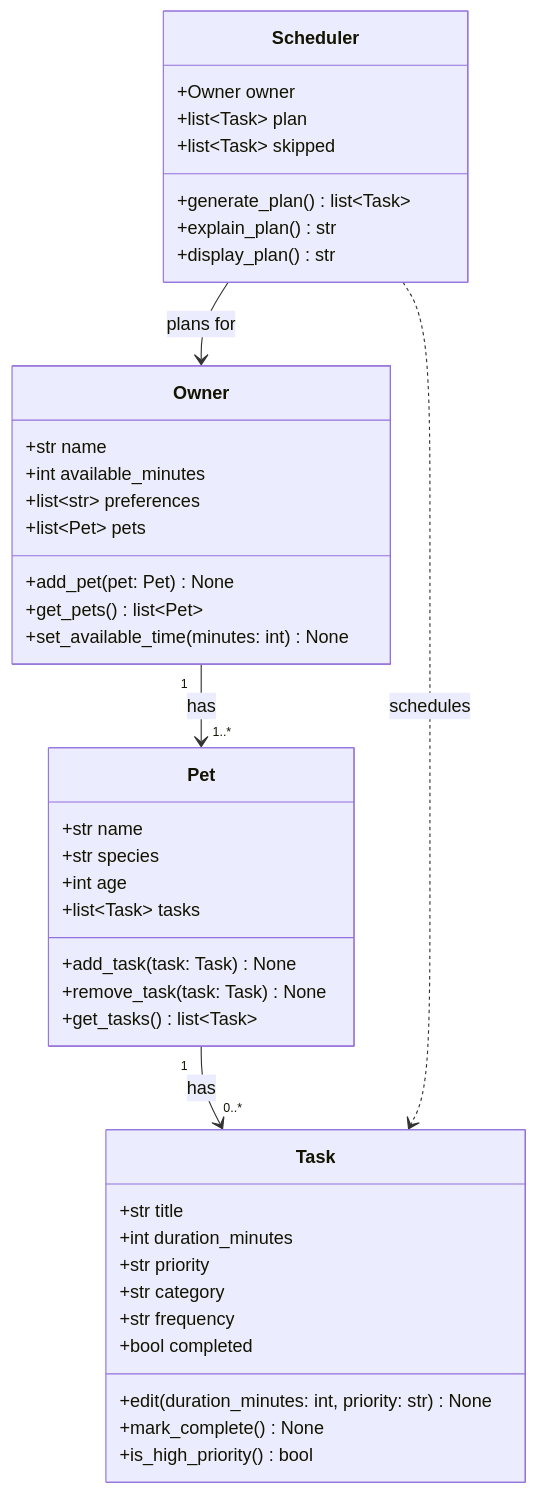
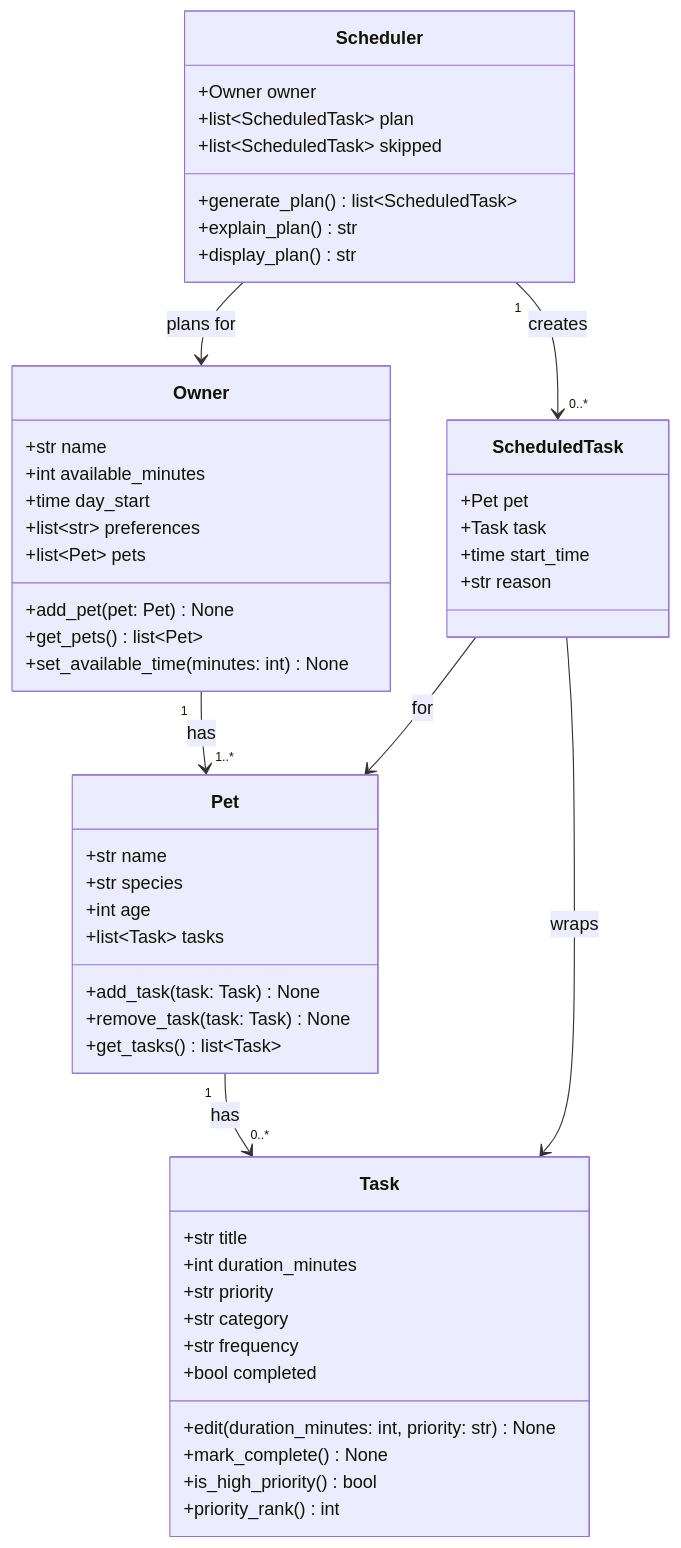
Before and after one commit to IdyR17/ai110-module2show-pawpal-starter: the diagram in diagrams/uml.mmd, drawn with Mermaid. The commit also changed 3 other files, not shown here.

Commit message:
Checkpoint 5. Changed UML and pawpal_system.py based on AI feedback

```diff
--- a/diagrams/uml.mmd
+++ b/diagrams/uml.mmd
@@ -1,48 +1,59 @@
 classDiagram
     %% Keep this file updated so it matches your final implementation.
 
     class Owner {
         +str name
         +int available_minutes
+        +time day_start
         +list~str~ preferences
         +list~Pet~ pets
         +add_pet(pet: Pet) None
         +get_pets() list~Pet~
         +set_available_time(minutes: int) None
     }
 
     class Pet {
         +str name
         +str species
         +int age
         +list~Task~ tasks
         +add_task(task: Task) None
         +remove_task(task: Task) None
         +get_tasks() list~Task~
     }
 
     class Task {
         +str title
         +int duration_minutes
         +str priority
         +str category
         +str frequency
         +bool completed
         +edit(duration_minutes: int, priority: str) None
         +mark_complete() None
         +is_high_priority() bool
+        +priority_rank() int
+    }
+
+    class ScheduledTask {
+        +Pet pet
+        +Task task
+        +time start_time
+        +str reason
     }
 
     class Scheduler {
         +Owner owner
-        +list~Task~ plan
-        +list~Task~ skipped
-        +generate_plan() list~Task~
+        +list~ScheduledTask~ plan
+        +list~ScheduledTask~ skipped
+        +generate_plan() list~ScheduledTask~
         +explain_plan() str
         +display_plan() str
     }
 
     Owner "1" --> "1..*" Pet : has
     Pet "1" --> "0..*" Task : has
     Scheduler --> Owner : plans for
-    Scheduler ..> Task : schedules
+    Scheduler "1" --> "0..*" ScheduledTask : creates
+    ScheduledTask --> Pet : for
+    ScheduledTask --> Task : wraps
```
